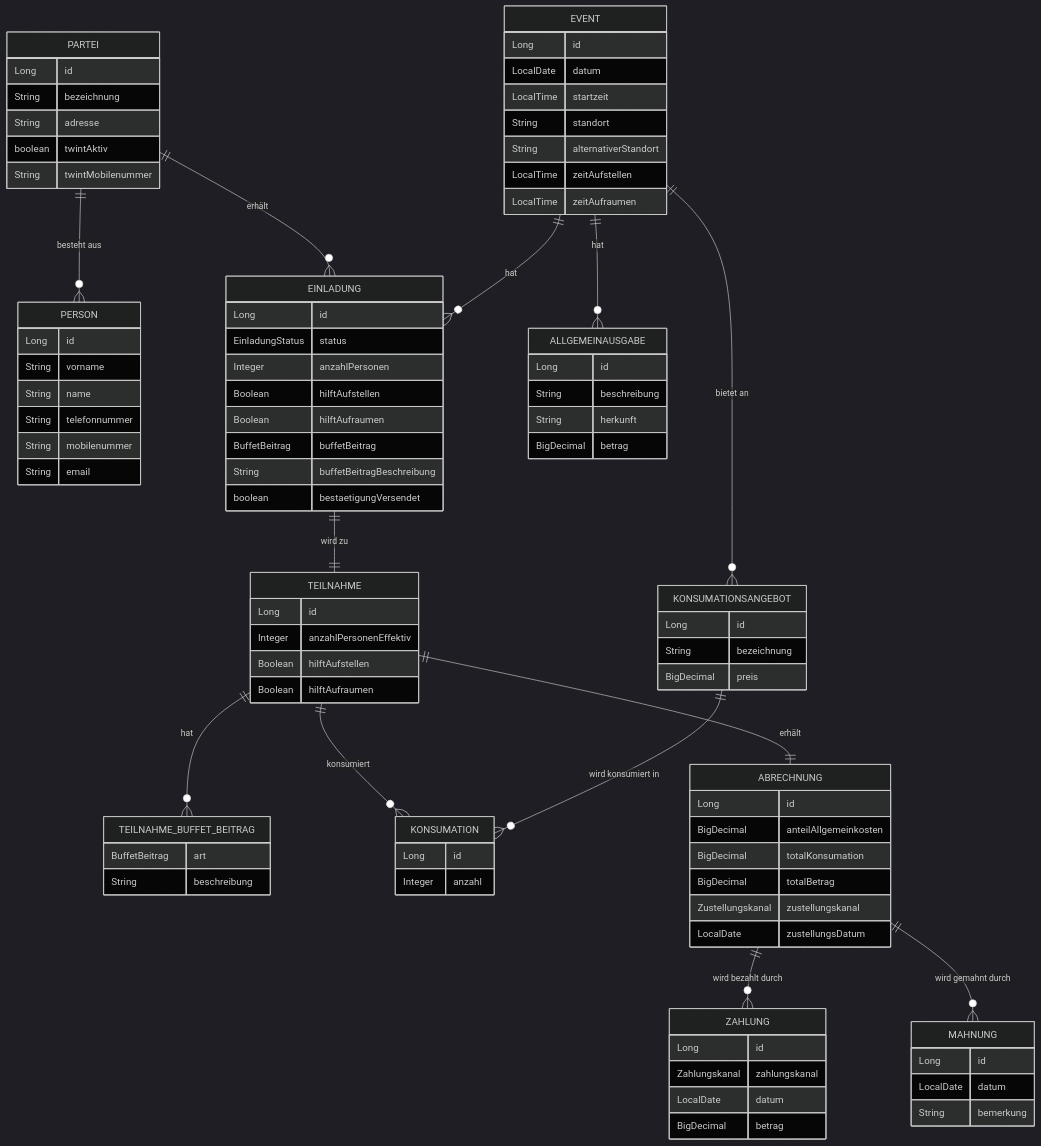
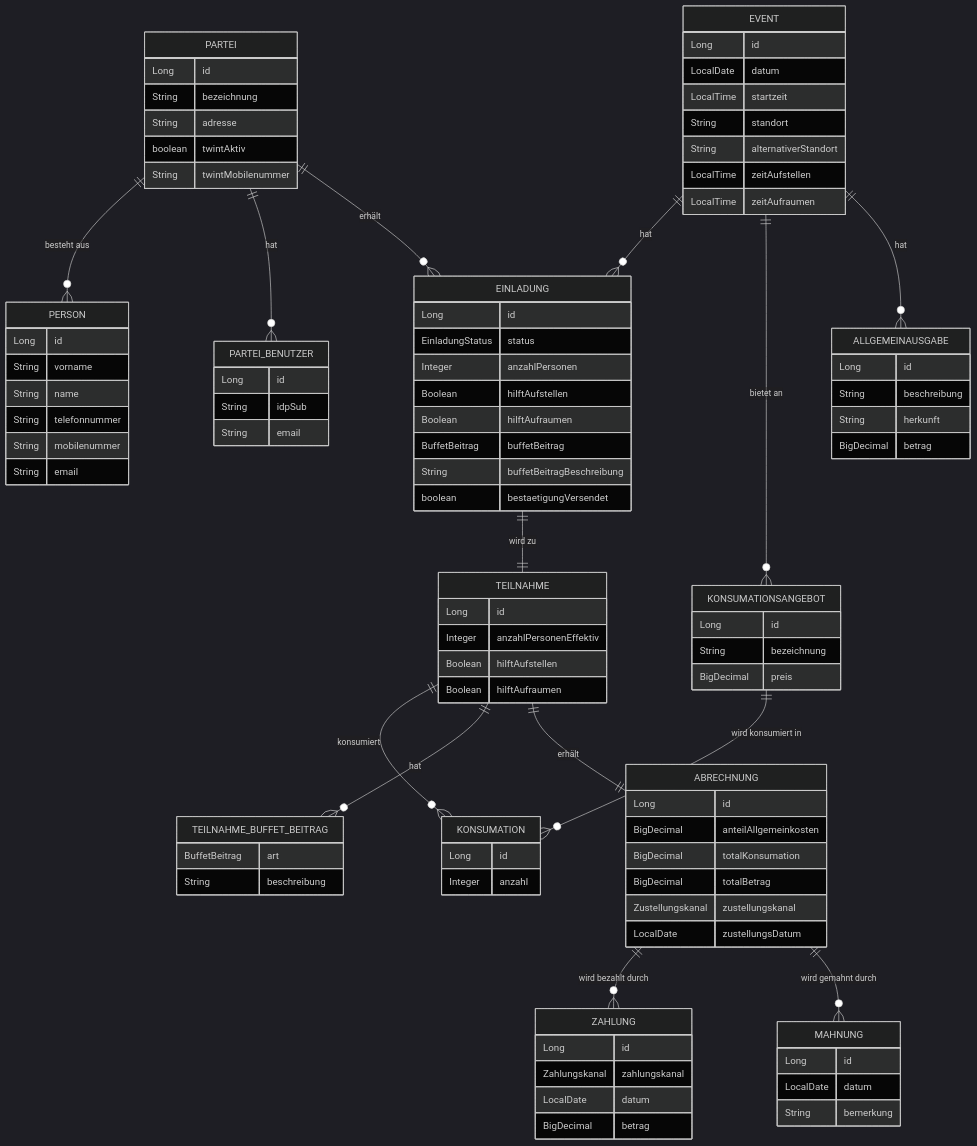
Before and after one commit to davidrossier/quartierfest-backend: the second of 2 diagrams in specs/architecture.md, drawn with Mermaid (dark theme). The commit also changed other lines of this file and 11 other files, not shown here.

```diff
--- a/specs/architecture.md
+++ b/specs/architecture.md
@@ -152,7 +155,14 @@
         String bemerkung
     }
 
+    PARTEI_BENUTZER {
+        Long id
+        String idpSub
+        String email
+    }
+
     PARTEI ||--o{ PERSON : "besteht aus"
+    PARTEI ||--o{ PARTEI_BENUTZER : "hat"
     PARTEI ||--o{ EINLADUNG : "erhält"
     EVENT ||--o{ EINLADUNG : "hat"
     EINLADUNG ||--|| TEILNAHME : "wird zu"
```
